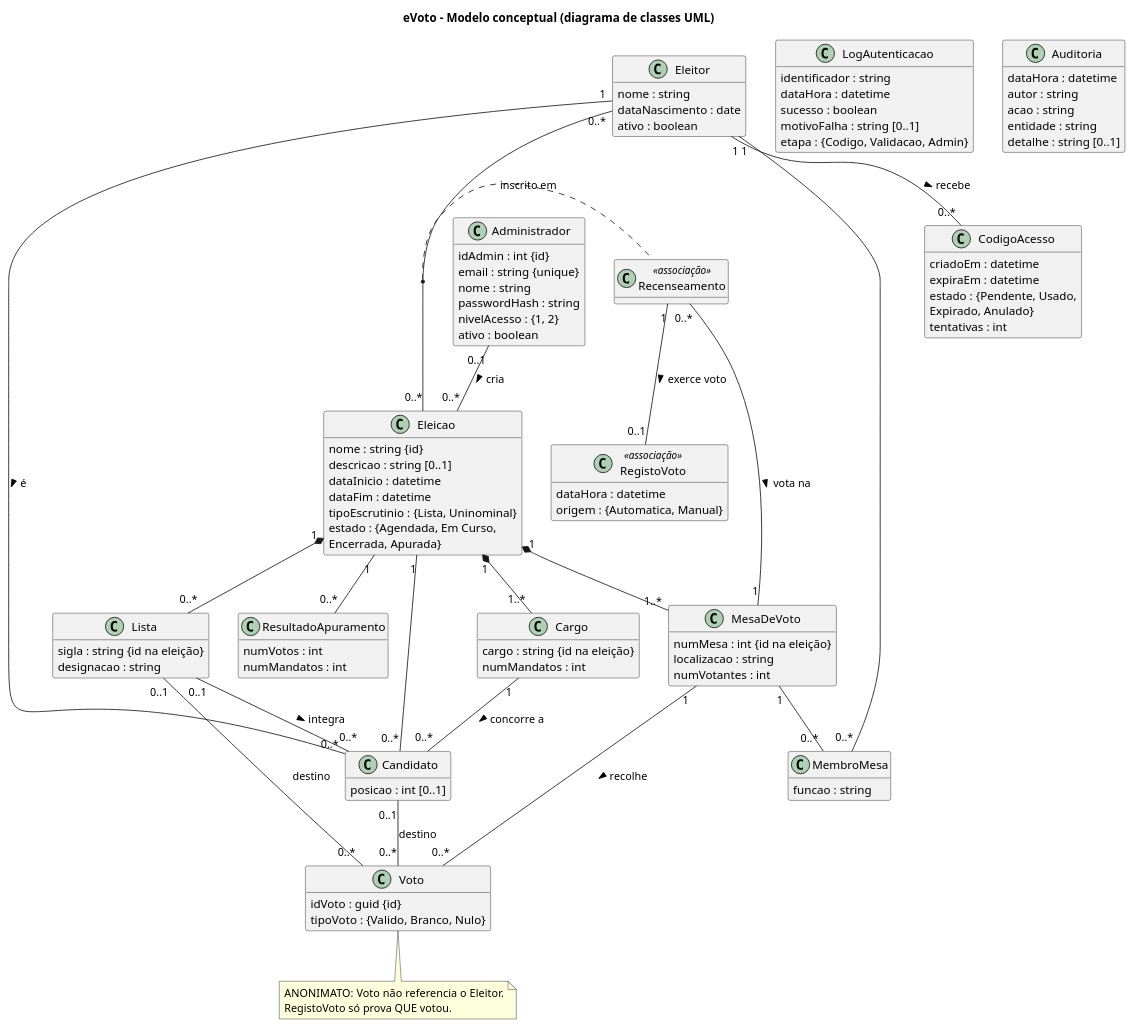
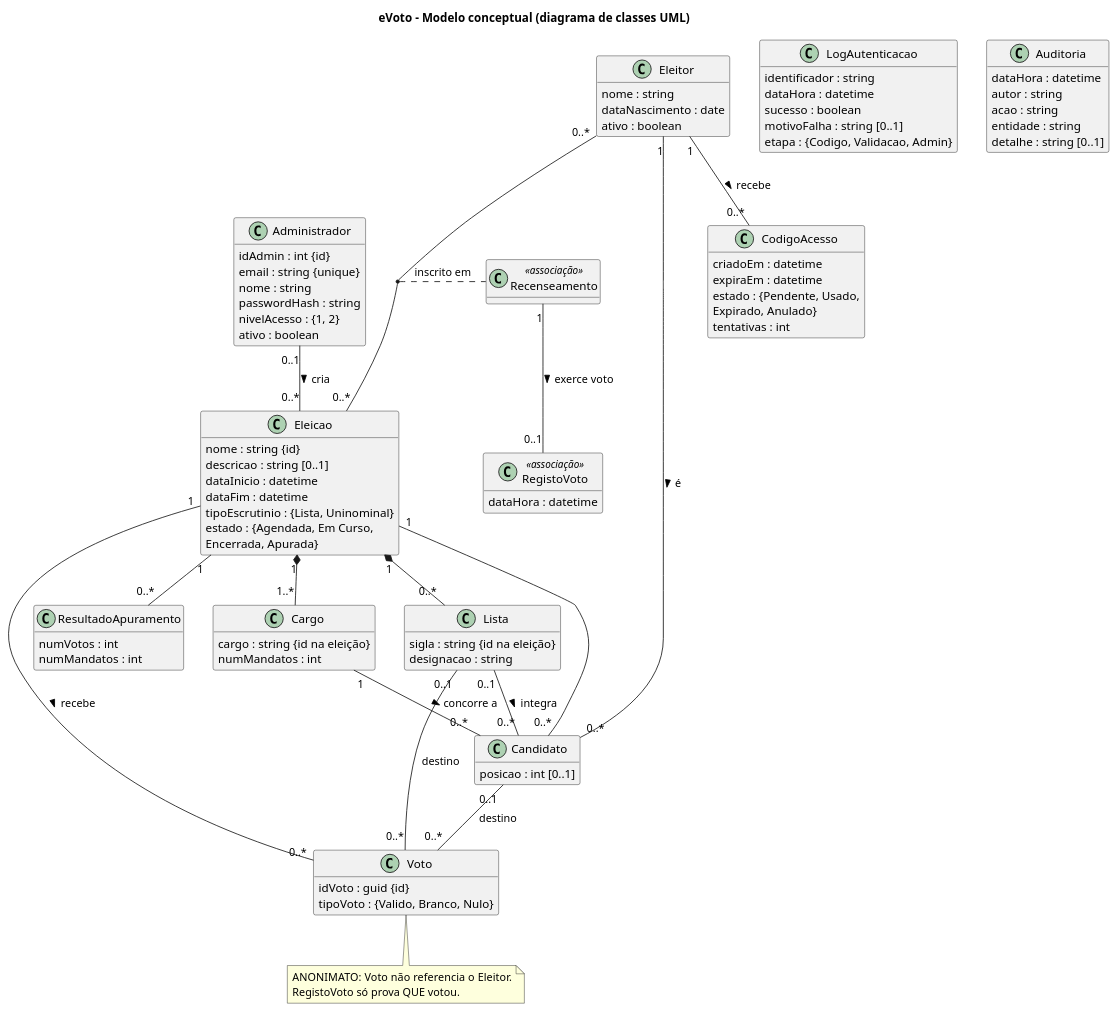
Before and after one commit to Prreira/BDD_Project: the diagram in docs/uml/06_diagrama_classes.puml, drawn with PlantUML. The commit also changed 25 other files, not shown here.

```diff
--- a/docs/uml/06_diagrama_classes.puml
+++ b/docs/uml/06_diagrama_classes.puml
@@ -1,109 +1,96 @@
 @startuml
 title eVoto - Modelo conceptual (diagrama de classes UML)
 hide methods
 skinparam classAttributeIconSize 0
 
 class Eleitor {
   nif : string(9) {id}
   nome : string
   dataNascimento : date
   ativo : boolean
 }
 class Administrador {
   idAdmin : int {id}
   email : string {unique}
   nome : string
   passwordHash : string
   nivelAcesso : {1, 2}
   ativo : boolean
 }
 class Eleicao {
   nome : string {id}
   descricao : string [0..1]
   dataInicio : datetime
   dataFim : datetime
   tipoEscrutinio : {Lista, Uninominal}
   estado : {Agendada, Em Curso,\nEncerrada, Apurada}
 }
 class Cargo {
   cargo : string {id na eleição}
   numMandatos : int
 }
 class Lista {
   sigla : string {id na eleição}
   designacao : string
 }
 class Candidato {
   posicao : int [0..1]
 }
-class MesaDeVoto {
-  numMesa : int {id na eleição}
-  localizacao : string
-  numVotantes : int
-}
-class MembroMesa {
-  funcao : string
-}
 class Voto {
   idVoto : guid {id}
   tipoVoto : {Valido, Branco, Nulo}
 }
 class ResultadoApuramento {
   numVotos : int
   numMandatos : int
 }
 class CodigoAcesso {
   hashCodigo : binary(32)
   criadoEm : datetime
   expiraEm : datetime
   estado : {Pendente, Usado,\nExpirado, Anulado}
   tentativas : int
 }
 class LogAutenticacao {
   identificador : string
   dataHora : datetime
   sucesso : boolean
   motivoFalha : string [0..1]
   etapa : {Codigo, Validacao, Admin}
 }
 class Auditoria {
   dataHora : datetime
   autor : string
   acao : string
   entidade : string
   detalhe : string [0..1]
 }
 
 Administrador "0..1" -- "0..*" Eleicao : cria >
 Eleicao "1" *-- "1..*" Cargo
 Eleicao "1" *-- "0..*" Lista
-Eleicao "1" *-- "1..*" MesaDeVoto
 Eleitor "1" -- "0..*" Candidato : é >
 Eleicao "1" -- "0..*" Candidato
+Eleicao "1" -- "0..*" Voto : recebe >
 Cargo "1" -- "0..*" Candidato : concorre a >
 Lista "0..1" -- "0..*" Candidato : integra >
-MesaDeVoto "1" -- "0..*" MembroMesa
-Eleitor "1" -- "0..*" MembroMesa
-MesaDeVoto "1" -- "0..*" Voto : recolhe >
 Lista "0..1" -- "0..*" Voto : destino
 Candidato "0..1" -- "0..*" Voto : destino
 Eleicao "1" -- "0..*" ResultadoApuramento
 Eleitor "1" -- "0..*" CodigoAcesso : recebe >
 Eleitor "0..*" -- "0..*" Eleicao
 
 class Recenseamento <<associação>> {
 }
 (Eleitor, Eleicao) .. Recenseamento : inscrito em
-Recenseamento "0..*" -- "1" MesaDeVoto : vota na >
 
 class RegistoVoto <<associação>> {
   dataHora : datetime
-  origem : {Automatica, Manual}
 }
 Recenseamento "1" -- "0..1" RegistoVoto : exerce voto >
 
 note bottom of Voto
   ANONIMATO: Voto não referencia o Eleitor.
   RegistoVoto só prova QUE votou.
 end note
 @enduml
```
